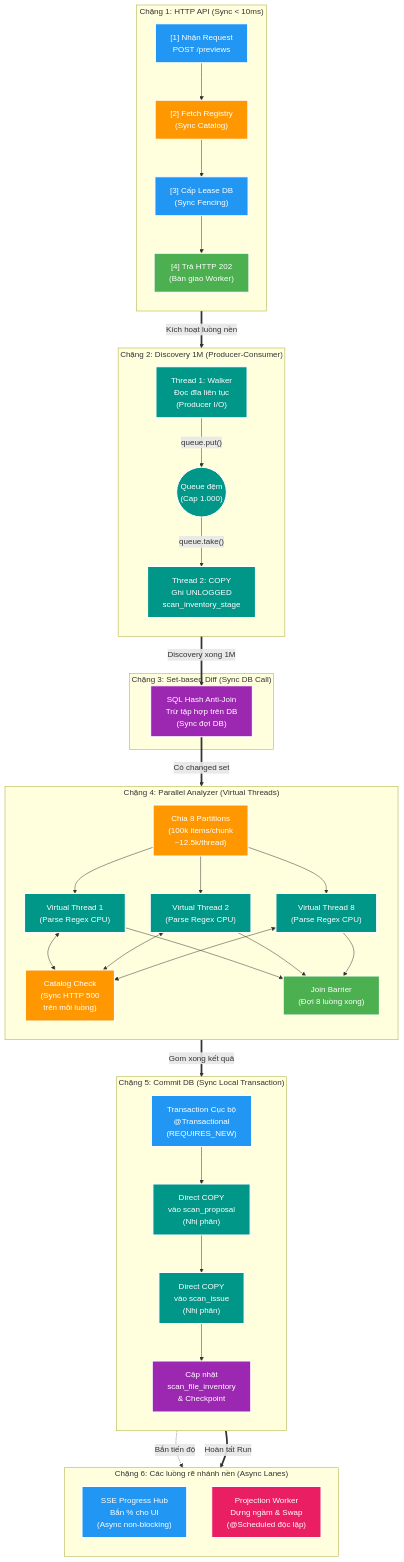
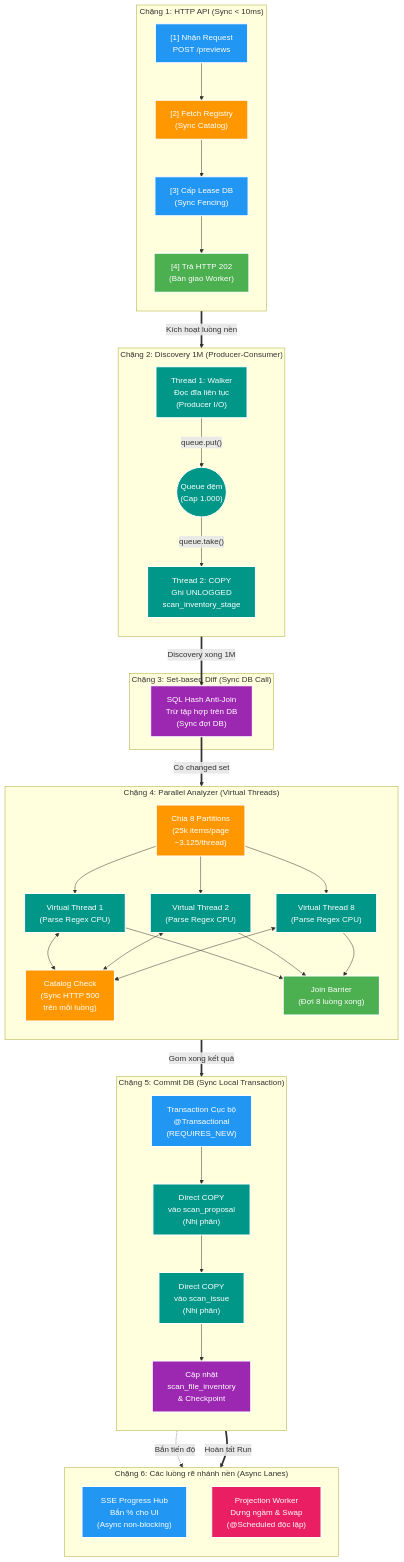
Before and after one commit to HungPhan200591/file-mngt-be-v2: the second of 6 diagrams in manual/learning/use-cases/scale-capacity/sc-01-scan-one-million-filesystem-entry/references/deep-dive-scan-preview-pipeline-under-30s.md, drawn with Mermaid. The commit also changed other lines of this file and 10 other files, not shown here.

```diff
--- a/manual/learning/use-cases/scale-capacity/sc-01-scan-one-million-filesystem-entry/references/deep-dive-scan-preview-pipeline-under-30s.md
+++ b/manual/learning/use-cases/scale-capacity/sc-01-scan-one-million-filesystem-entry/references/deep-dive-scan-preview-pipeline-under-30s.md
@@ -115,7 +115,7 @@
 
     subgraph PHASE_4_ANALYZE["Chặng 4: Parallel Analyzer (Virtual Threads)"]
         direction TB
-        SPLIT["Chia 8 Partitions<br/>(100k items/chunk<br/>~12.5k/thread)"]
+        SPLIT["Chia 8 Partitions<br/>(25k items/page<br/>~3.125/thread)"]
         V1["Virtual Thread 1<br/>(Parse Regex CPU)"]
         V2["Virtual Thread 2<br/>(Parse Regex CPU)"]
         V8["Virtual Thread 8<br/>(Parse Regex CPU)"]
```
